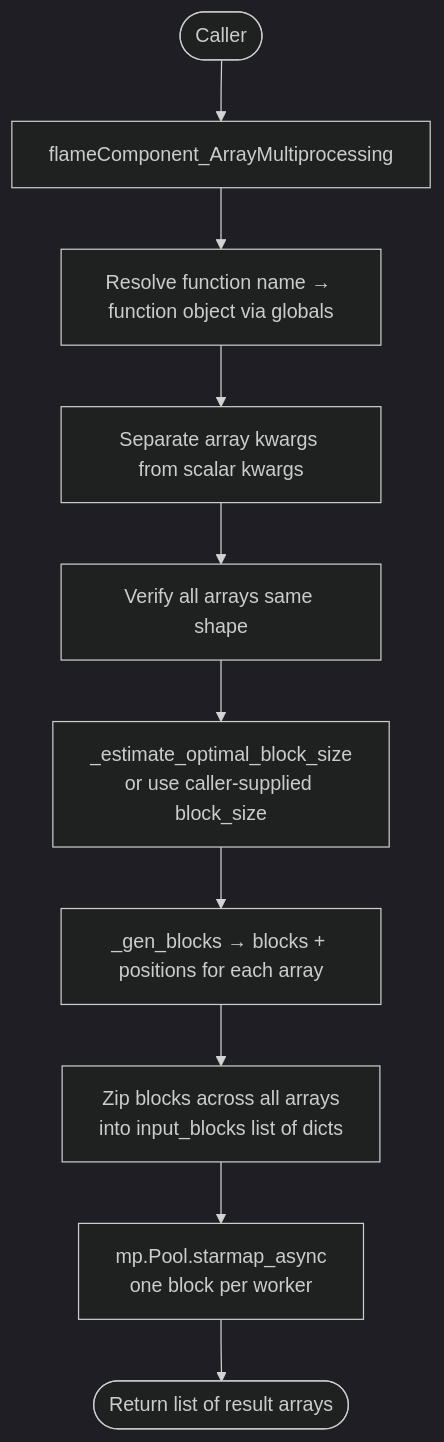
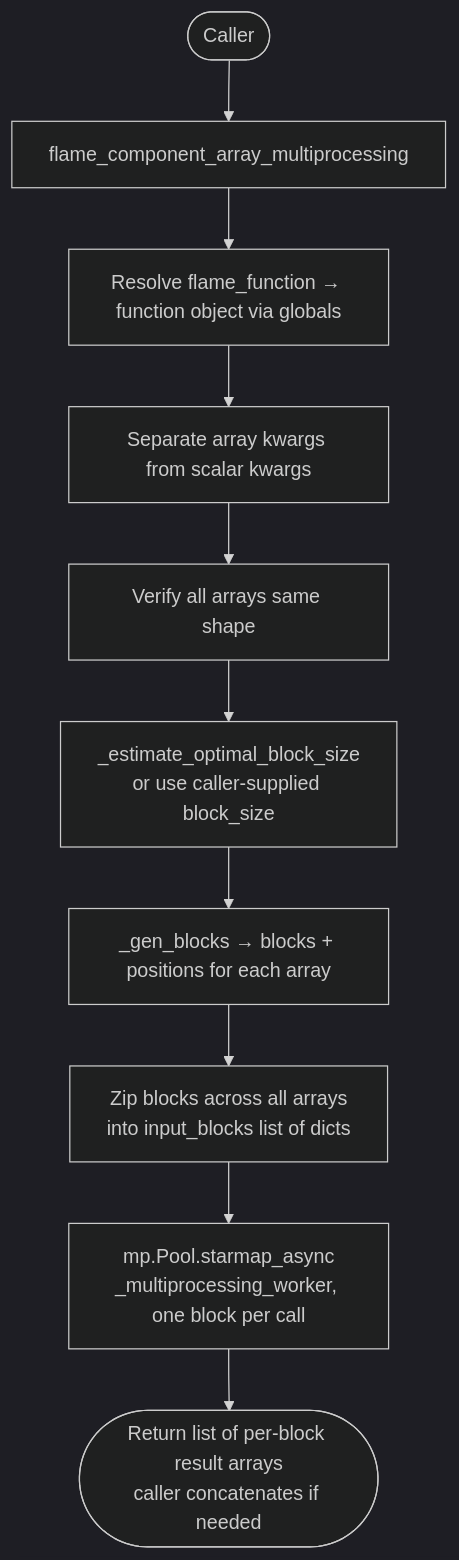
One commit to gagreene/Flame_Components changed the second of 2 diagrams in docs/CODEBASE.md. Above: the diagram before and after it, drawn with Mermaid (dark theme). The commit also changed other lines of this file and 2 other files, not shown here.

````diff
--- a/docs/CODEBASE.md
+++ b/docs/CODEBASE.md
@@ -77,12 +82,12 @@
 ```mermaid
 flowchart TD
-    A([Caller]) --> B[flameComponent_ArrayMultiprocessing]
-    B --> C[Resolve function name → function object via globals]
+    A([Caller]) --> B[flame_component_array_multiprocessing]
+    B --> C[Resolve flame_function → function object via globals]
     C --> D[Separate array kwargs from scalar kwargs]
     D --> E[Verify all arrays same shape]
     E --> F[_estimate_optimal_block_size\nor use caller-supplied block_size]
     F --> G[_gen_blocks → blocks + positions for each array]
     G --> H[Zip blocks across all arrays\ninto input_blocks list of dicts]
-    H --> I[mp.Pool.starmap_async\none block per worker]
-    I --> J([Return list of result arrays])
+    H --> I[mp.Pool.starmap_async\n_multiprocessing_worker, one block per call]
+    I --> J([Return list of per-block result arrays\ncaller concatenates if needed])
 ```
````
